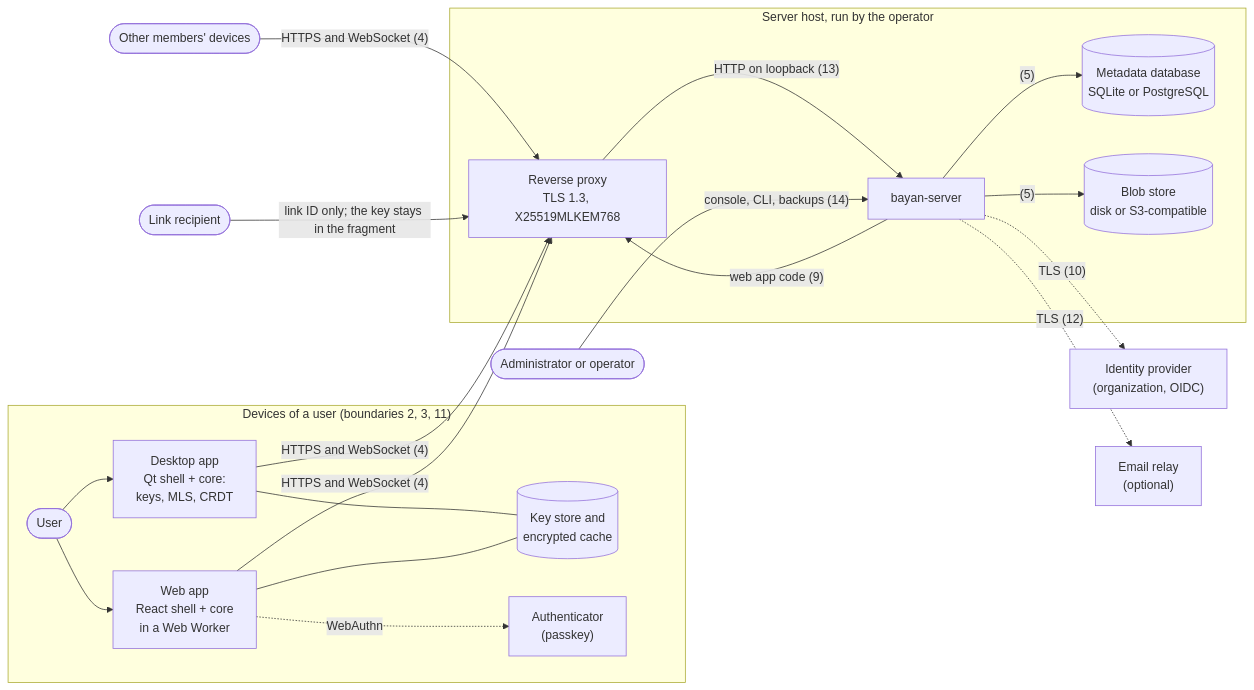
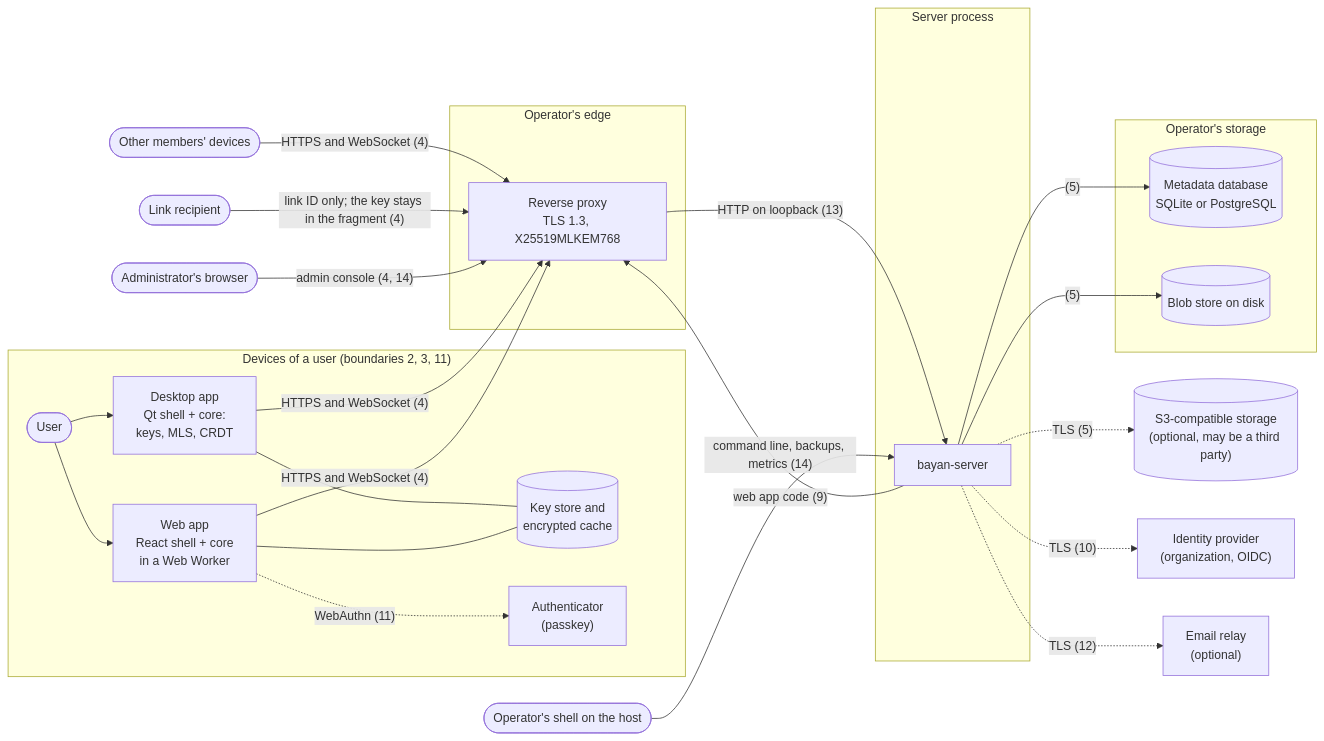
Before and after one commit to BayanDocs/docs: the first of 21 diagrams in specs/threat-model.md, drawn with Mermaid. The commit also changed other lines of this file and 1 other file, not shown here.

First line of the commit message:
docs(specs): revise threat model v1 and Phase-1 server drafts after review (SRV-003)

````diff
--- a/specs/threat-model.md
+++ b/specs/threat-model.md
@@ -139,37 +151,45 @@
 ```mermaid
 flowchart LR
   subgraph clientzone["Devices of a user (boundaries 2, 3, 11)"]
     user([User])
     desk["Desktop app<br/>Qt shell + core:<br/>keys, MLS, CRDT"]
     web["Web app<br/>React shell + core<br/>in a Web Worker"]
     store[("Key store and<br/>encrypted cache")]
     authr["Authenticator<br/>(passkey)"]
   end
-  subgraph hostzone["Server host, run by the operator"]
+  subgraph proxyzone["Operator's edge"]
     proxy["Reverse proxy<br/>TLS 1.3, X25519MLKEM768"]
+  end
+  subgraph serverzone["Server process"]
     srv["bayan-server"]
+  end
+  subgraph datazone["Operator's storage"]
     db[("Metadata database<br/>SQLite or PostgreSQL")]
-    blobs[("Blob store<br/>disk or S3-compatible")]
+    disk[("Blob store on disk")]
   end
+  s3[("S3-compatible storage<br/>(optional, may be a third party)")]
   idp["Identity provider<br/>(organization, OIDC)"]
   smtp["Email relay<br/>(optional)"]
   others(["Other members' devices"])
-  admin([Administrator or operator])
+  admin([Administrator's browser])
+  operator([Operator's shell on the host])
   linkr([Link recipient])
   user --> desk
   user --> web
   desk --- store
   web --- store
-  web -.->|"WebAuthn"| authr
+  web -.->|"WebAuthn (11)"| authr
   desk -->|"HTTPS and WebSocket (4)"| proxy
   web -->|"HTTPS and WebSocket (4)"| proxy
   others -->|"HTTPS and WebSocket (4)"| proxy
-  linkr -->|"link ID only; the key stays in the fragment"| proxy
+  linkr -->|"link ID only; the key stays in the fragment (4)"| proxy
+  admin -->|"admin console (4, 14)"| proxy
   proxy -->|"HTTP on loopback (13)"| srv
   srv -->|"web app code (9)"| proxy
+  operator -->|"command line, backups, metrics (14)"| srv
   srv -->|"(5)"| db
-  srv -->|"(5)"| blobs
+  srv -->|"(5)"| disk
+  srv -.->|"TLS (5)"| s3
   srv -.->|"TLS (10)"| idp
   srv -.->|"TLS (12)"| smtp
-  admin -->|"console, CLI, backups (14)"| srv
 ```
````
